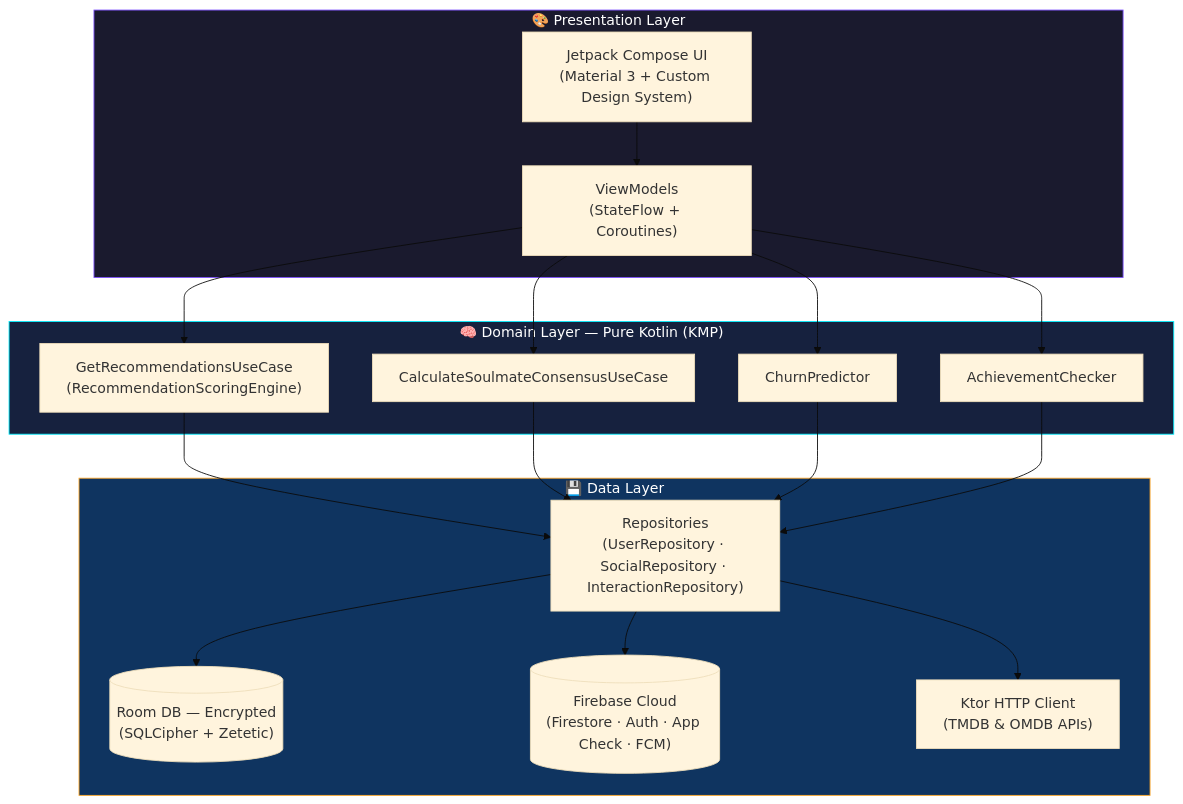
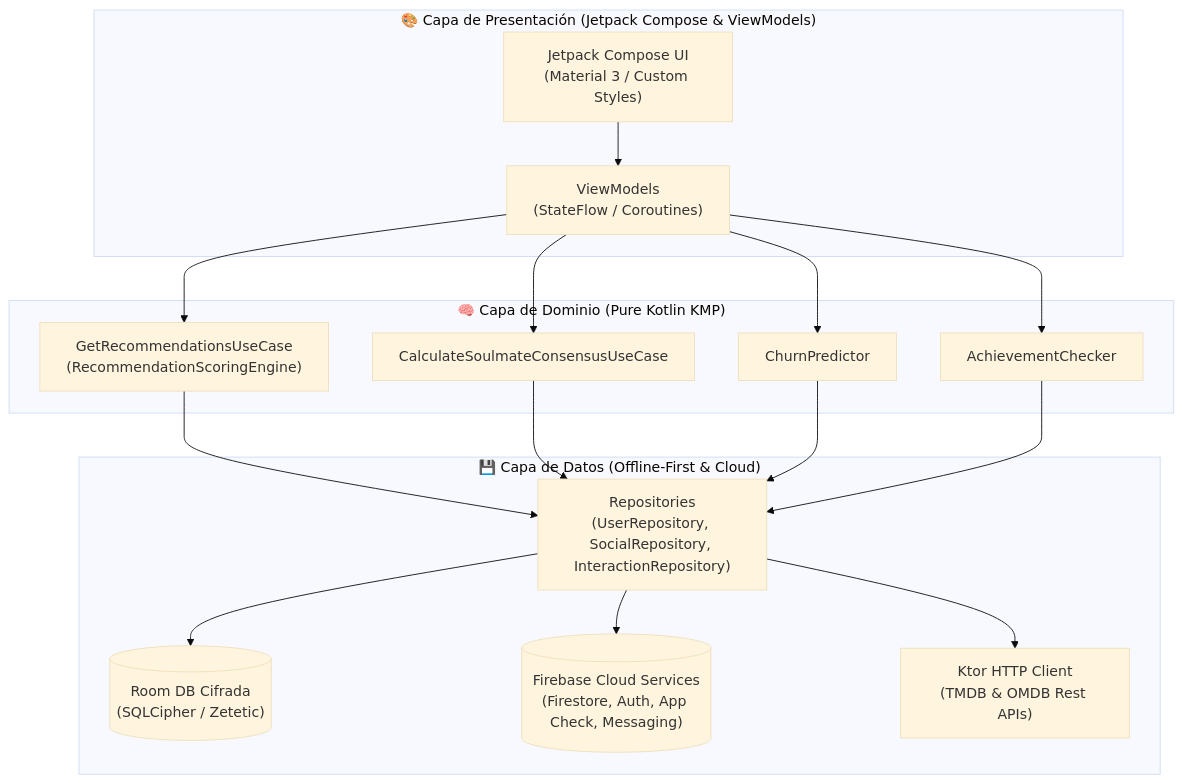
Before and after one commit to andreahidara/ShowMate-Showcase: the first of 2 diagrams in README.md, drawn with Mermaid (base theme). The commit also changed other lines of this file, not shown here.

````diff
--- a/README.md
+++ b/README.md
@@ -83,32 +101,28 @@
 ```mermaid
 flowchart TD
-    subgraph Presentation ["🎨 Presentation Layer"]
-        UI["Jetpack Compose UI\n(Material 3 + Custom Design System)"]
-        VM["ViewModels\n(StateFlow + Coroutines)"]
+    subgraph Presentation ["🎨 Capa de Presentación (Jetpack Compose & ViewModels)"]
+        UI["Jetpack Compose UI\n(Material 3 / Custom Styles)"]
+        VM["ViewModels\n(StateFlow / Coroutines)"]
     end
 
-    subgraph Domain ["🧠 Domain Layer — Pure Kotlin (KMP)"]
+    subgraph Domain ["🧠 Capa de Dominio (Pure Kotlin KMP)"]
         UC1["GetRecommendationsUseCase\n(RecommendationScoringEngine)"]
         UC2["CalculateSoulmateConsensusUseCase"]
         UC3["ChurnPredictor"]
         UC4["AchievementChecker"]
     end
 
-    subgraph Data ["💾 Data Layer"]
-        REPO["Repositories\n(UserRepository · SocialRepository · InteractionRepository)"]
-        ROOM[("Room DB — Encrypted\n(SQLCipher + Zetetic)")]
-        FIREBASE[("Firebase Cloud\n(Firestore · Auth · App Check · FCM)")]
-        KTOR["Ktor HTTP Client\n(TMDB & OMDB APIs)"]
+    subgraph Data ["💾 Capa de Datos (Offline-First & Cloud)"]
+        REPO["Repositories\n(UserRepository, SocialRepository, InteractionRepository)"]
+        ROOM[("Room DB Cifrada\n(SQLCipher / Zetetic)")]
+        FIREBASE[("Firebase Cloud Services\n(Firestore, Auth, App Check, Messaging)")]
+        KTOR["Ktor HTTP Client\n(TMDB & OMDB Rest APIs)"]
     end
 
     UI --> VM
     VM --> UC1 & UC2 & UC3 & UC4
     UC1 & UC2 & UC3 & UC4 --> REPO
     REPO --> ROOM
     REPO --> FIREBASE
     REPO --> KTOR
-
-    style Presentation fill:#1a1a2e,stroke:#7F52FF,color:#fff
-    style Domain fill:#16213e,stroke:#00F0FF,color:#fff
-    style Data fill:#0f3460,stroke:#FFA726,color:#fff
 ```
````
